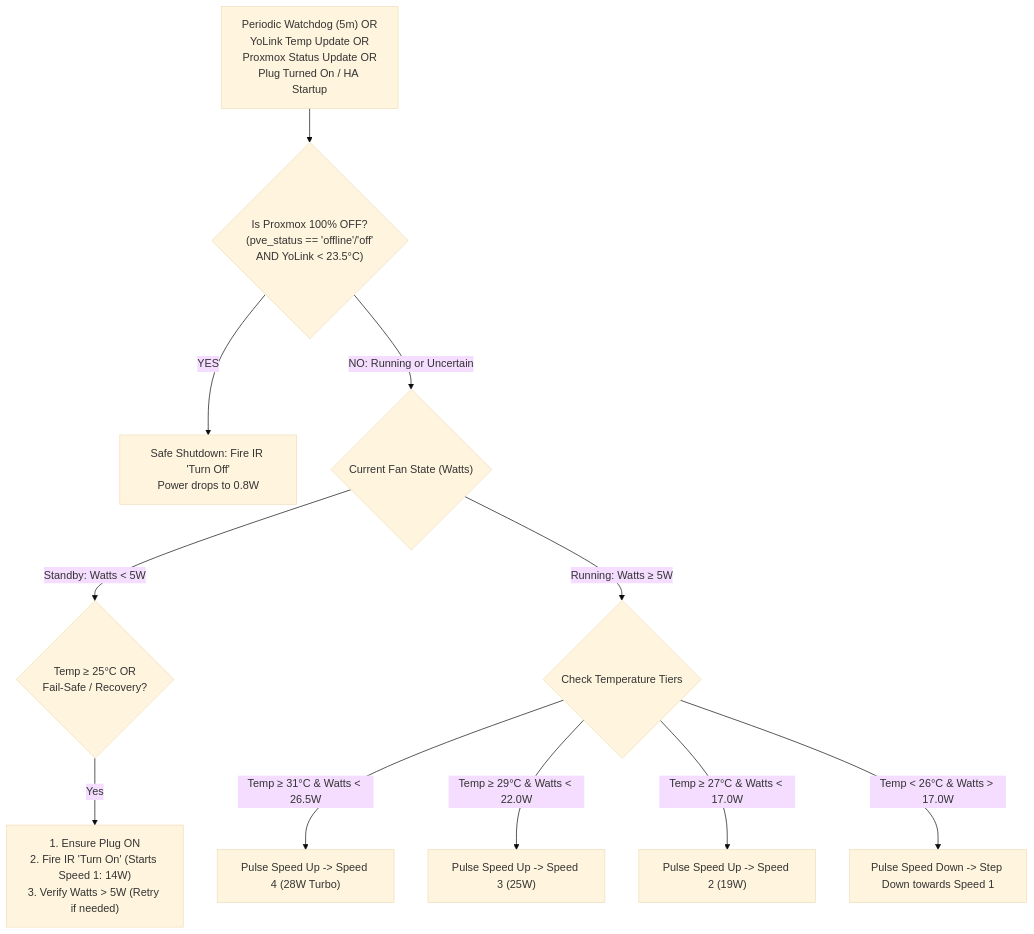
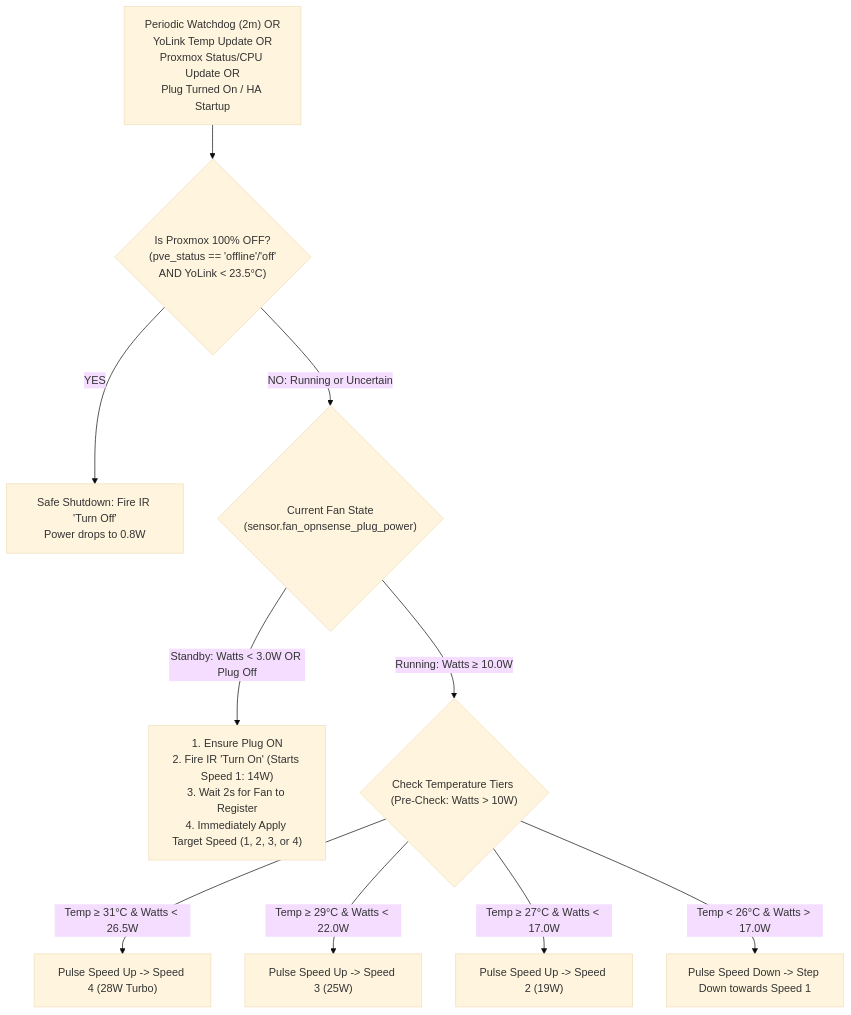
Before and after one commit to lganet/ha: the diagram in doc/2026-10-31-power-restored-fan-recovery-plan.md, drawn with Mermaid (base theme). The commit also changed other lines of this file and 2 other files, not shown here.

Commit message:
feat: enhance fan watchdog with self-healing closed-loop power metering

````diff
--- a/doc/2026-10-31-power-restored-fan-recovery-plan.md
+++ b/doc/2026-10-31-power-restored-fan-recovery-plan.md
@@ -25,18 +25,17 @@
 ```mermaid
 flowchart TD
-    Trigger["Periodic Watchdog (5m) OR<br/>YoLink Temp Update OR<br/>Proxmox Status Update OR<br/>Plug Turned On / HA Startup"] --> CheckOff{"Is Proxmox 100% OFF?<br/>(pve_status == 'offline'/'off'<br/>AND YoLink < 23.5°C)"}
+    Trigger["Periodic Watchdog (2m) OR<br/>YoLink Temp Update OR<br/>Proxmox Status/CPU Update OR<br/>Plug Turned On / HA Startup"] --> CheckOff{"Is Proxmox 100% OFF?<br/>(pve_status == 'offline'/'off'<br/>AND YoLink < 23.5°C)"}
 
     CheckOff -->|YES| SafeOff["Safe Shutdown: Fire IR 'Turn Off'<br/>Power drops to 0.8W"]
 
-    CheckOff -->|NO: Running or Uncertain| CheckPower{"Current Fan State (Watts)"}
+    CheckOff -->|NO: Running or Uncertain| CheckPower{"Current Fan State<br/>(sensor.fan_opnsense_plug_power)"}
 
-    CheckPower -->|Standby: Watts < 5W| CheckBase{"Temp ≥ 25°C OR<br/>Fail-Safe / Recovery?"}
-    CheckBase -->|Yes| TurnOnSpeed1["1. Ensure Plug ON<br/>2. Fire IR 'Turn On' (Starts Speed 1: 14W)<br/>3. Verify Watts > 5W (Retry if needed)"]
+    CheckPower -->|Standby: Watts < 3.0W OR Plug Off| SelfHeal["1. Ensure Plug ON<br/>2. Fire IR 'Turn On' (Starts Speed 1: 14W)<br/>3. Wait 2s for Fan to Register<br/>4. Immediately Apply Target Speed (1, 2, 3, or 4)"]
 
-    CheckPower -->|Running: Watts ≥ 5W| SpeedTiers{"Check Temperature Tiers"}
+    CheckPower -->|Running: Watts ≥ 10.0W| SpeedTiers{"Check Temperature Tiers (Pre-Check: Watts > 10W)"}
 
     SpeedTiers -->|Temp ≥ 31°C & Watts < 26.5W| ToSpeed4["Pulse Speed Up -> Speed 4 (28W Turbo)"]
     SpeedTiers -->|Temp ≥ 29°C & Watts < 22.0W| ToSpeed3["Pulse Speed Up -> Speed 3 (25W)"]
     SpeedTiers -->|Temp ≥ 27°C & Watts < 17.0W| ToSpeed2["Pulse Speed Up -> Speed 2 (19W)"]
     SpeedTiers -->|Temp < 26°C & Watts > 17.0W| StepDown["Pulse Speed Down -> Step Down towards Speed 1"]
 ```
````
